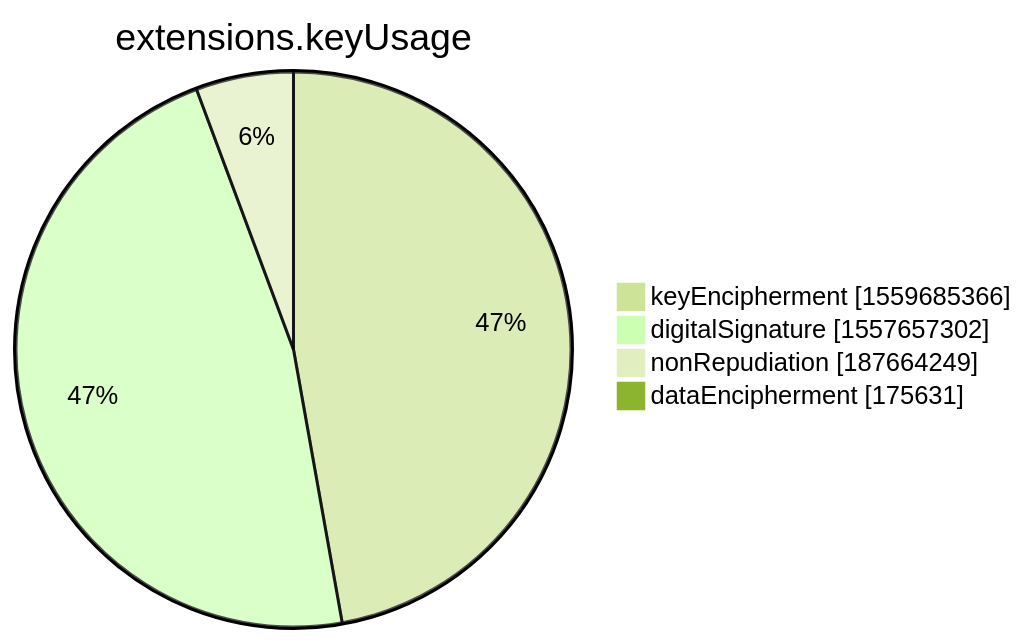
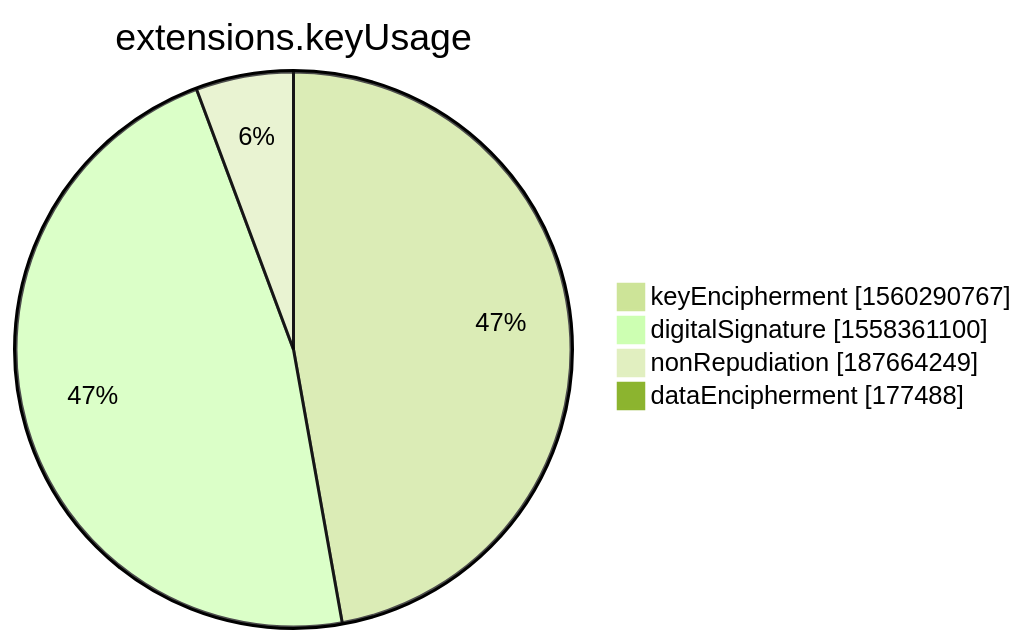
Before and after one commit to christiankrug/ctmonitor_visualization: the seventh of 15 diagrams in xenon2022/README.md, drawn with Mermaid (forest theme). The commit also changed other lines of this file, not shown here.

````diff
--- a/xenon2022/README.md
+++ b/xenon2022/README.md
@@ -2852,8 +2852,8 @@
 ```mermaid
 pie showData
 title extensions.keyUsage
-"keyEncipherment" :1559685366
-"digitalSignature" :1557657302
+"keyEncipherment" :1560290767
+"digitalSignature" :1558361100
 "nonRepudiation" :187664249
-"dataEncipherment" :175631
+"dataEncipherment" :177488
 ```
````
